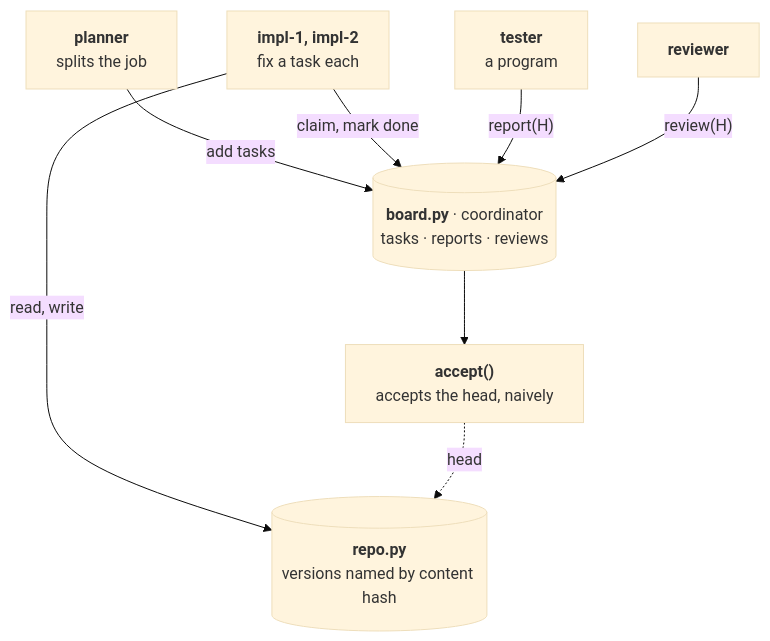
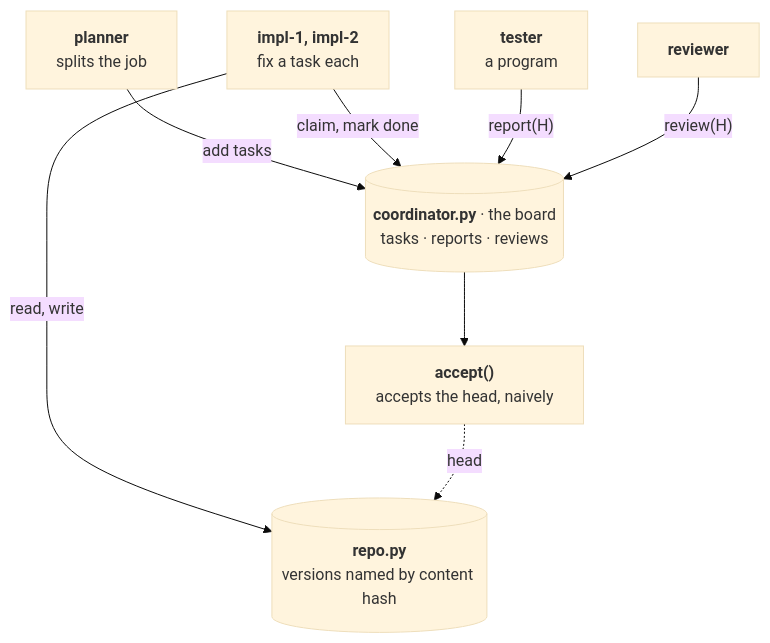
One commit to luca-zanolini/reliable-distributed-agent-systems changed the diagram in 06-multi-agent/README.md. Above: the diagram before and after it, drawn with Mermaid (base theme). The commit also changed other lines of this file and 7 other files, not shown here.

````diff
--- a/06-multi-agent/README.md
+++ b/06-multi-agent/README.md
@@ -11,17 +11,17 @@
 ```mermaid
 flowchart TB
     P["<b>planner</b><br/>splits the job"]
     I["<b>impl-1, impl-2</b><br/>fix a task each"]
     T["<b>tester</b><br/>a program"]
     R["<b>reviewer</b>"]
-    B[("<b>board.py</b> · coordinator<br/>tasks · reports · reviews")]
+    B[("<b>coordinator.py</b> · the board<br/>tasks · reports · reviews")]
     A["<b>accept()</b><br/>accepts the head, naively"]
     REPO[("<b>repo.py</b><br/>versions named by content hash")]
     P -->|add tasks| B
     I -->|claim, mark done| B
     T -->|"report(H)"| B
     R -->|"review(H)"| B
     I -->|read, write| REPO
     B --> A
     A -.->|head| REPO
 ```
````
